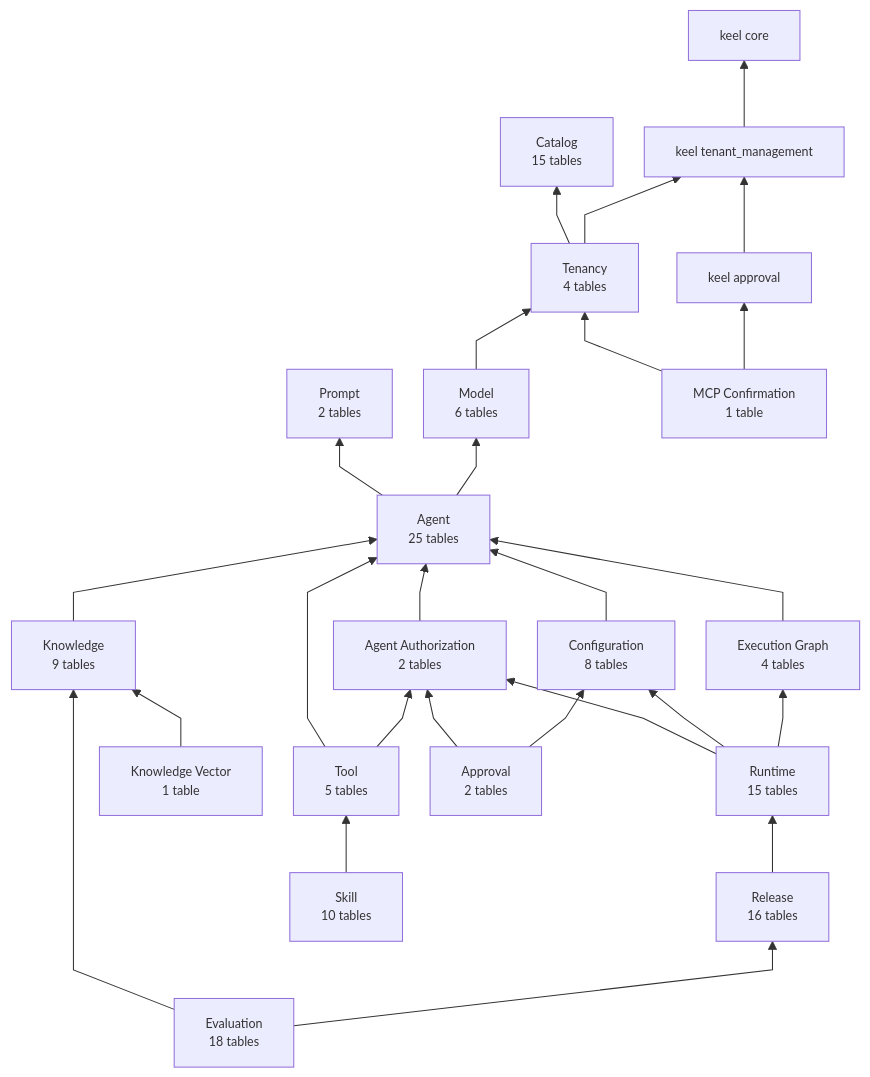
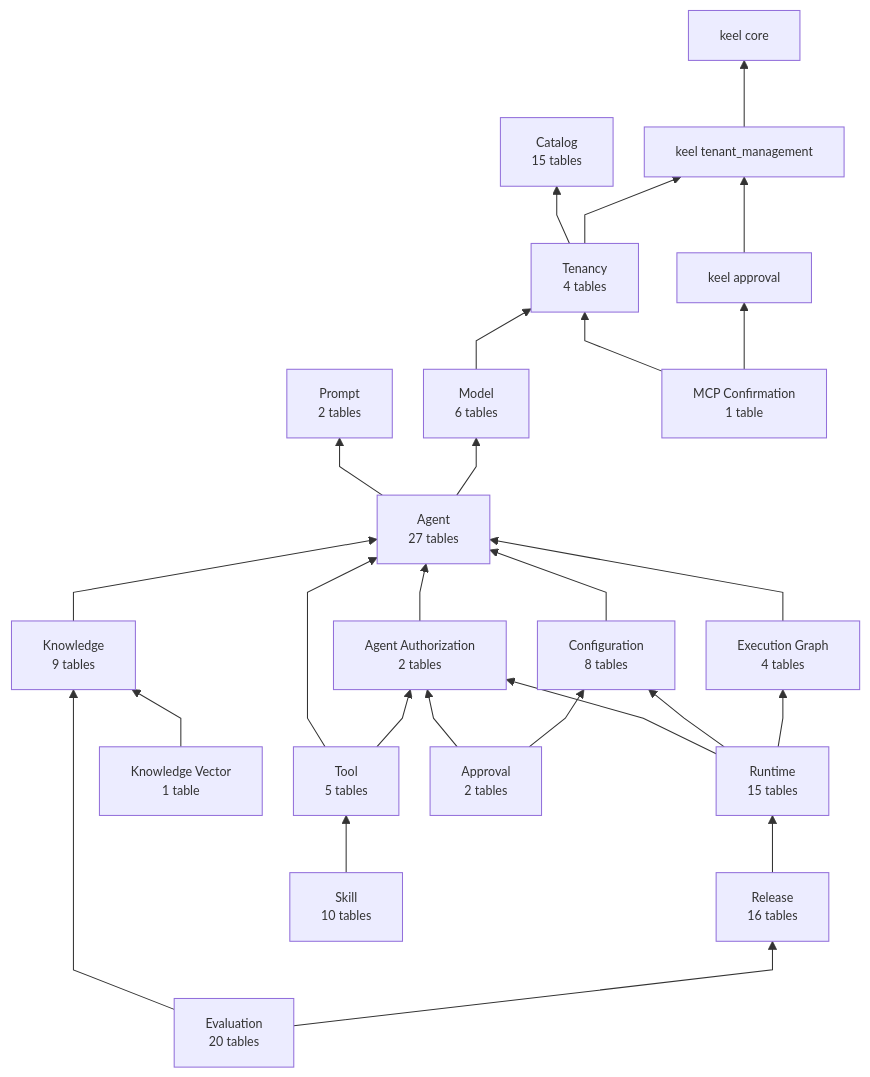
One commit to nauticana/scout changed the first of 21 diagrams in doc/database.md. Above: the diagram before and after it, drawn with Mermaid. The commit also changed other lines of this file and 86 other files, not shown here.

````diff
--- a/doc/database.md
+++ b/doc/database.md
@@ -21,51 +21,51 @@
 ```mermaid
 %%{init: {"flowchart": {"curve": "linear", "nodeSpacing": 30, "rankSpacing": 55, "diagramPadding": 12}, "themeVariables": {"fontSize": "12px"}}}%%
 flowchart BT
 
     tenant_management --> core
     tenancy --> catalog
     tenancy --> tenant_management
     model --> tenancy
     agent --> prompt
     agent --> model
     tool --> agent
     tool --> agent_authorization_module
     knowledge --> agent
     configuration_module --> agent
     execution_graph_module --> agent
     agent_authorization_module --> agent
     knowledge_vector --> knowledge
     runtime --> agent_authorization_module
     runtime --> configuration_module
     runtime --> execution_graph_module
     release --> runtime
     evaluation --> knowledge
     evaluation --> release
     approval --> agent_authorization_module
     approval --> configuration_module
     skill --> tool
     mcp_confirmation --> tenancy
     mcp_confirmation --> keel_approval
     keel_approval --> tenant_management
 
     core["keel core"]
     tenant_management["keel tenant_management"]
     keel_approval["keel approval"]
     catalog["Catalog<br/>15 tables"]
     tenancy["Tenancy<br/>4 tables"]
     prompt["Prompt<br/>2 tables"]
     model["Model<br/>6 tables"]
-    agent["Agent<br/>25 tables"]
+    agent["Agent<br/>27 tables"]
     tool["Tool<br/>5 tables"]
     execution_graph_module["Execution Graph<br/>4 tables"]
     knowledge["Knowledge<br/>9 tables"]
     knowledge_vector["Knowledge Vector<br/>1 table"]
     runtime["Runtime<br/>15 tables"]
     release["Release<br/>16 tables"]
-    evaluation["Evaluation<br/>18 tables"]
+    evaluation["Evaluation<br/>20 tables"]
     agent_authorization_module["Agent Authorization<br/>2 tables"]
     configuration_module["Configuration<br/>8 tables"]
     approval["Approval<br/>2 tables"]
     skill["Skill<br/>10 tables"]
     mcp_confirmation["MCP Confirmation<br/>1 table"]
 ```
````
